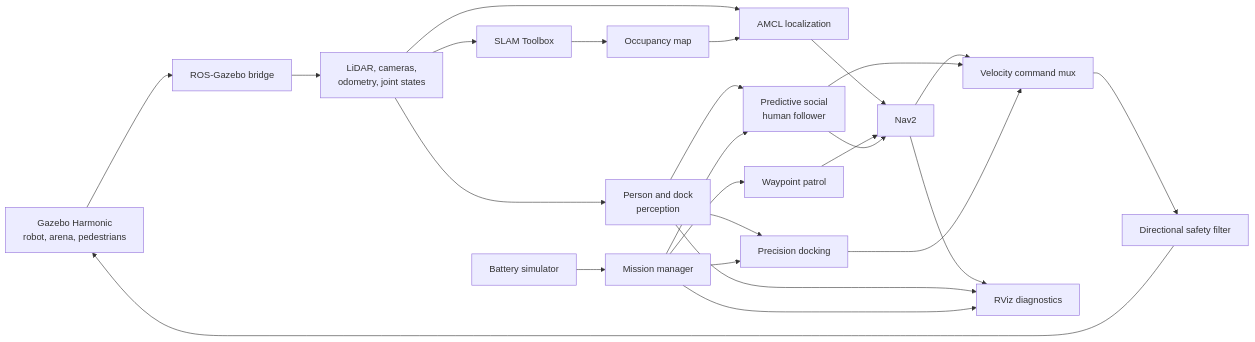
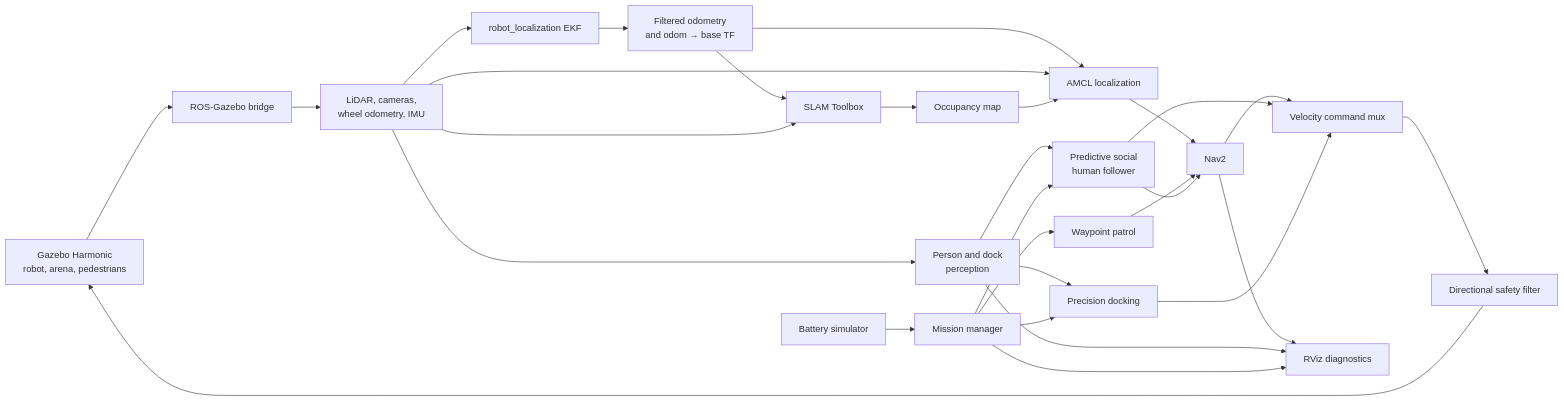
Before and after one commit to mdaninas/ros2-companion-robot: the diagram in README.md, drawn with Mermaid. The commit also changed other lines of this file and 14 other files, not shown here.

Commit message:
Add wheel odometry and IMU sensor fusion

````diff
--- a/README.md
+++ b/README.md
@@ -58,32 +60,36 @@
 ```mermaid
 flowchart LR
     GZ["Gazebo Harmonic<br/>robot, arena, pedestrians"] --> BR["ROS-Gazebo bridge"]
-    BR --> SENS["LiDAR, cameras,<br/>odometry, joint states"]
+    BR --> SENS["LiDAR, cameras,<br/>wheel odometry, IMU"]
+    SENS --> EKF["robot_localization EKF"]
+    EKF --> ODOM["Filtered odometry<br/>and odom → base TF"]
 
-    SENS --> SLAM["SLAM Toolbox"]
-    SENS --> LOC["AMCL localization"]
+    ODOM --> SLAM["SLAM Toolbox"]
+    ODOM --> LOC["AMCL localization"]
+    SENS --> SLAM
+    SENS --> LOC
     SLAM --> MAP["Occupancy map"]
     MAP --> LOC
     LOC --> NAV["Nav2"]
 
     SENS --> PER["Person and dock<br/>perception"]
     PER --> FOLLOW["Predictive social<br/>human follower"]
     PER --> DOCK["Precision docking"]
 
     BAT["Battery simulator"] --> MISSION["Mission manager"]
     MISSION --> PATROL["Waypoint patrol"]
     MISSION --> DOCK
     MISSION --> FOLLOW
 
     PATROL --> NAV
     FOLLOW --> NAV
     NAV --> MUX["Velocity command mux"]
     FOLLOW --> MUX
     DOCK --> MUX
     MUX --> SAFE["Directional safety filter"]
     SAFE --> GZ
 
     NAV --> RVIZ["RViz diagnostics"]
     PER --> RVIZ
     MISSION --> RVIZ
 ```
````
